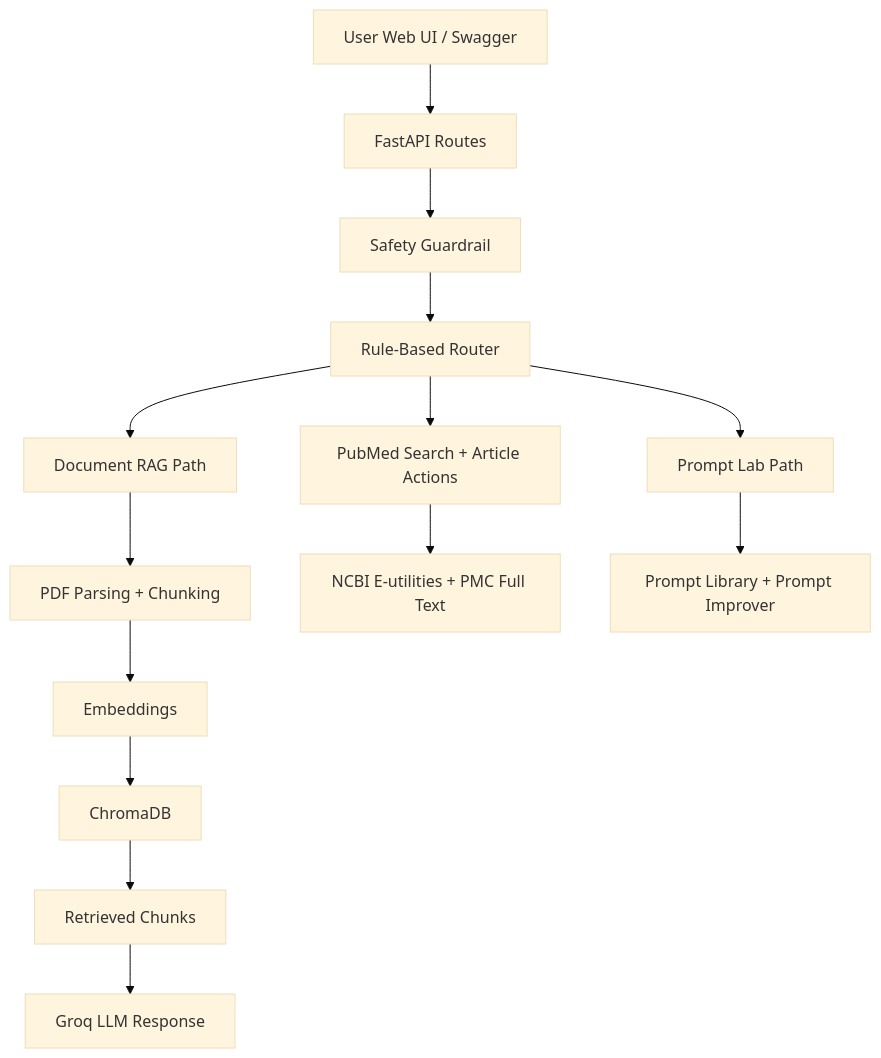
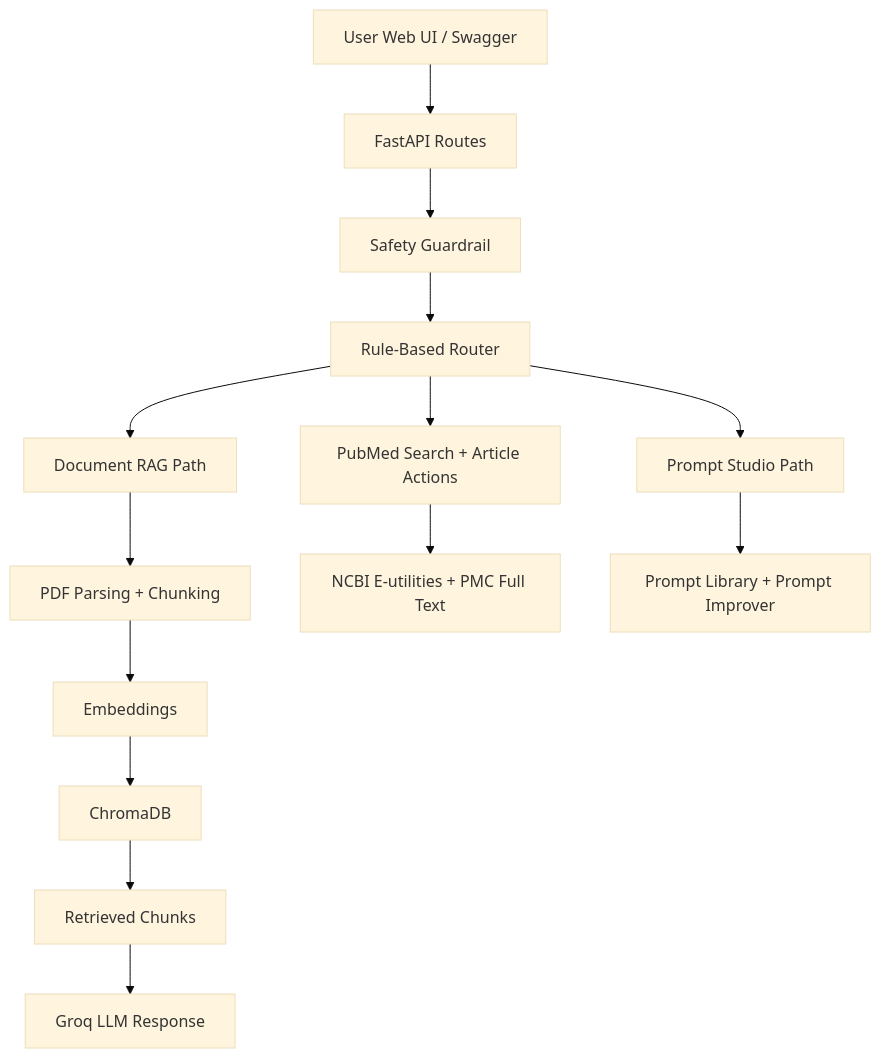
The diagram in README.md (ahmedMnakbi/MedAgentic-RAG-Assistant), drawn with Mermaid (base theme) before and after one commit. The commit also changed other lines of this file and 25 other files, not shown here.

````diff
--- a/README.md
+++ b/README.md
@@ -58,16 +59,16 @@
 ```mermaid
 flowchart TD
     A["User Web UI / Swagger"] --> B["FastAPI Routes"]
     B --> C["Safety Guardrail"]
     C --> D["Rule-Based Router"]
     D --> E["Document RAG Path"]
     D --> F["PubMed Search + Article Actions"]
-    D --> G["Prompt Lab Path"]
+    D --> G["Prompt Studio Path"]
     E --> H["PDF Parsing + Chunking"]
     H --> I["Embeddings"]
     I --> J["ChromaDB"]
     J --> K["Retrieved Chunks"]
     K --> L["Groq LLM Response"]
     F --> M["NCBI E-utilities + PMC Full Text"]
     G --> N["Prompt Library + Prompt Improver"]
 ```
````
